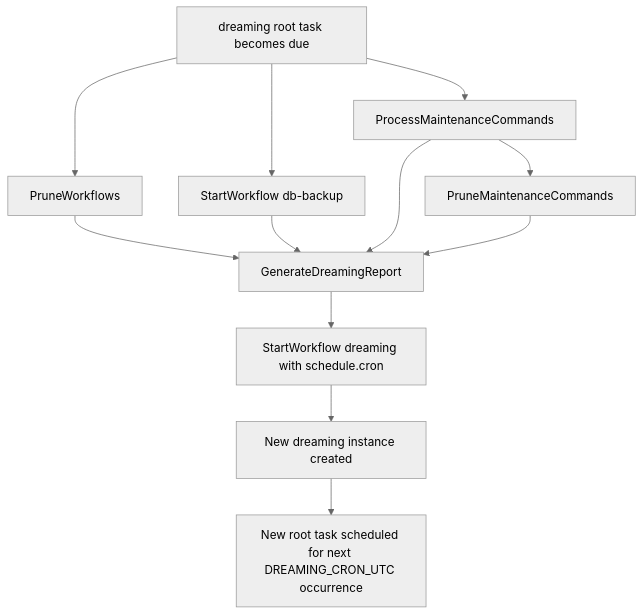
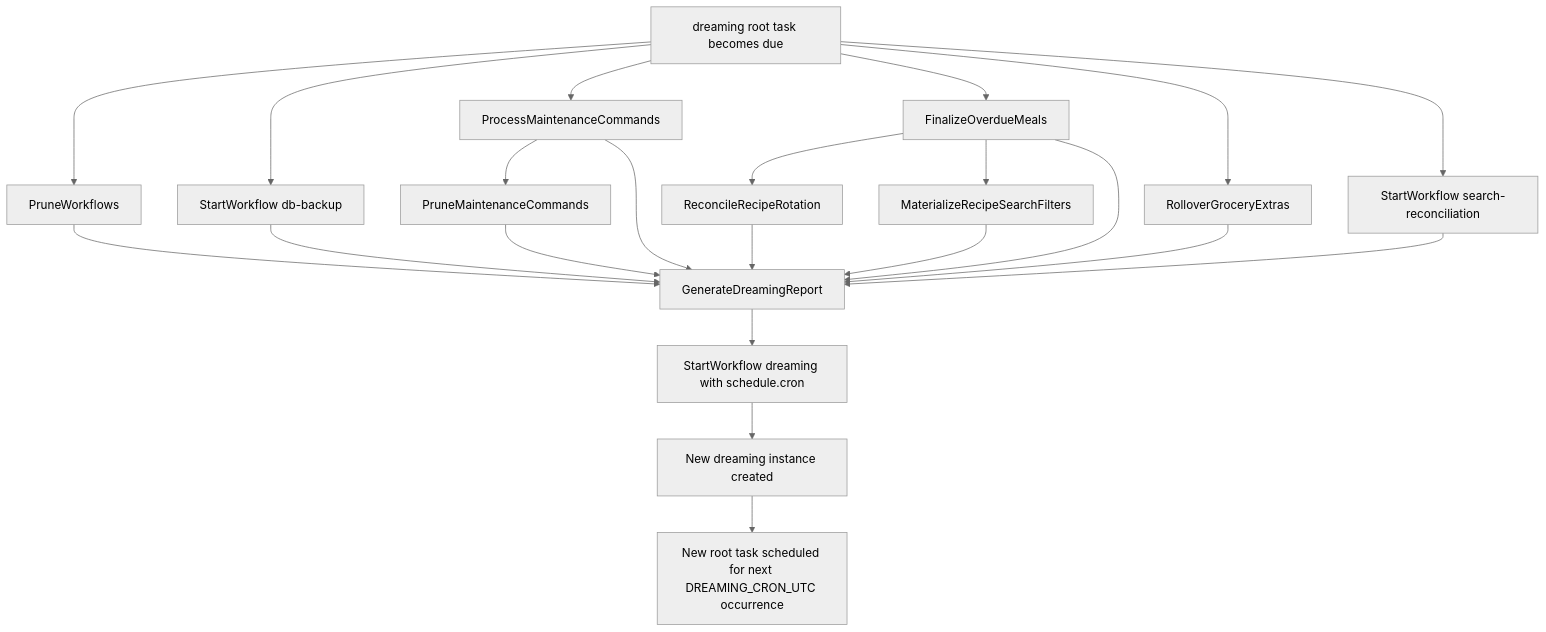
Before and after one commit to AlexandreBrisebois/whats-for-supper: the third of 3 diagrams in docs/flows/data-flows/dreaming-maintenance-workflow.md, drawn with Mermaid (neutral theme). The commit also changed other lines of this file and 280 other files, not shown here.

````diff
--- a/docs/flows/data-flows/dreaming-maintenance-workflow.md
+++ b/docs/flows/data-flows/dreaming-maintenance-workflow.md
@@ -51,14 +51,24 @@
 ```mermaid
 flowchart TD
     A[dreaming root task becomes due] --> B[PruneWorkflows]
     A --> C[StartWorkflow db-backup]
     A --> D[ProcessMaintenanceCommands]
+    A --> FO[FinalizeOverdueMeals]
+    A --> RGE[RolloverGroceryExtras]
+    A --> RS[StartWorkflow search-reconciliation]
     D --> E[PruneMaintenanceCommands]
+    FO --> RRR[ReconcileRecipeRotation]
+    FO --> MRSF[MaterializeRecipeSearchFilters]
     B --> F[GenerateDreamingReport]
     C --> F
     D --> F
     E --> F
+    FO --> F
+    RGE --> F
+    RS --> F
+    RRR --> F
+    MRSF --> F
     F --> G[StartWorkflow dreaming with schedule.cron]
     G --> H[New dreaming instance created]
     H --> I[New root task scheduled for next DREAMING_CRON_UTC occurrence]
 ```
````
